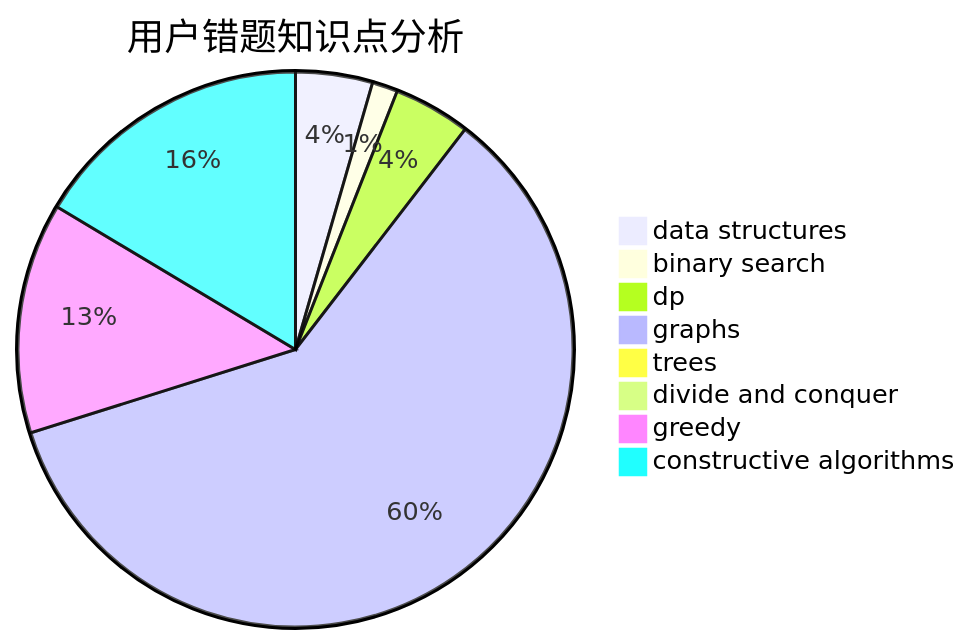
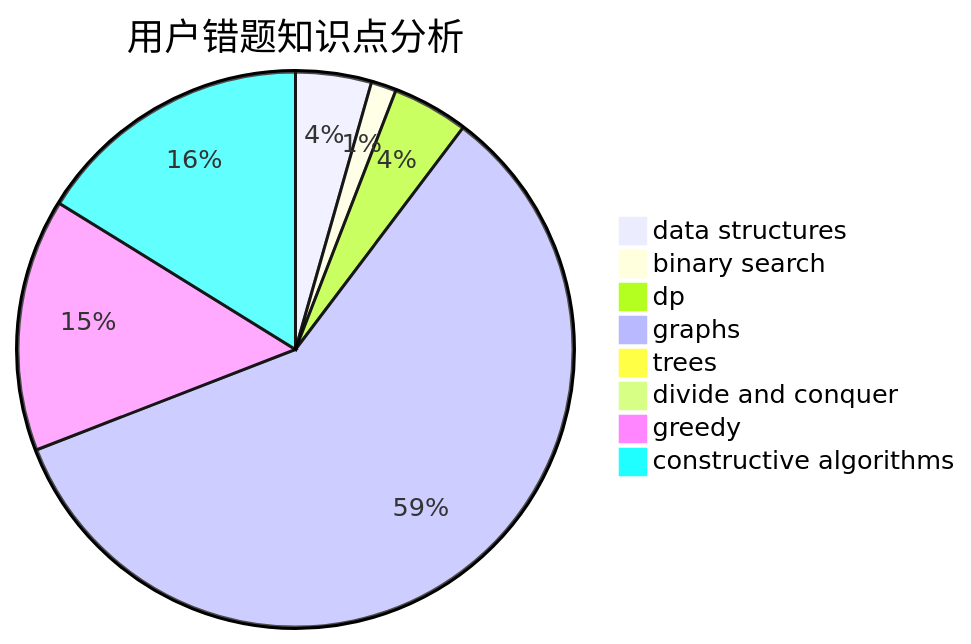
One commit to sherpahu/cfrs.github.io changed the third of 3 diagrams in docs/user/u274.md. Above: the diagram before and after it, drawn with Mermaid. The commit also changed other lines of this file and 2770 other files, not shown here.

````diff
--- a/docs/user/u274.md
+++ b/docs/user/u274.md
@@ -36,11 +36,11 @@
 ```mermaid
 pie title 用户错题知识点分析
     "data structures" :  3
     "binary search" :  1
     "dp" :  3
     "graphs" :  40
     "trees" :  0
     "divide and conquer" :  0
-    "greedy" :  9
+    "greedy" :  10
     "constructive algorithms" :  11
 ```
````
